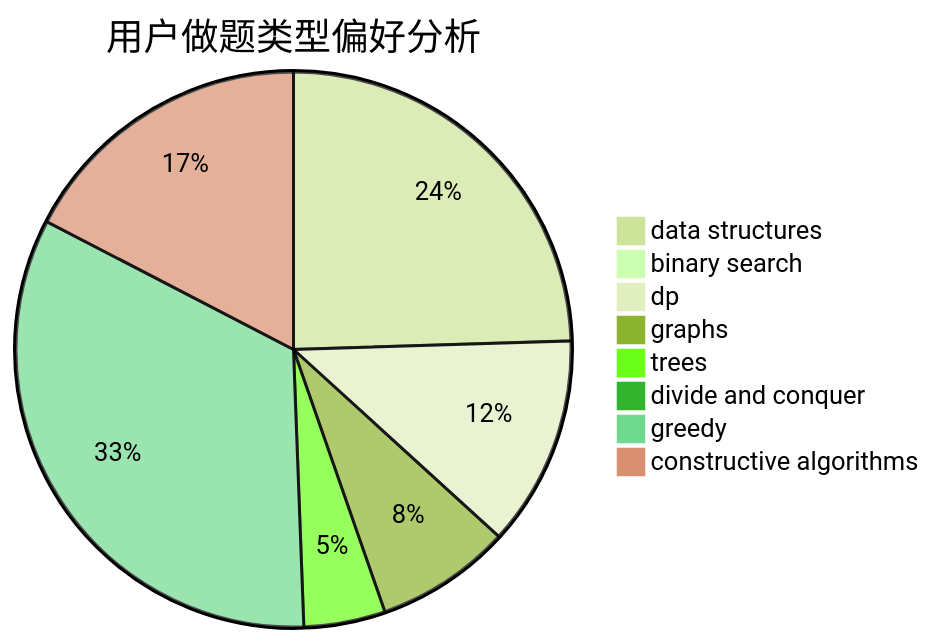
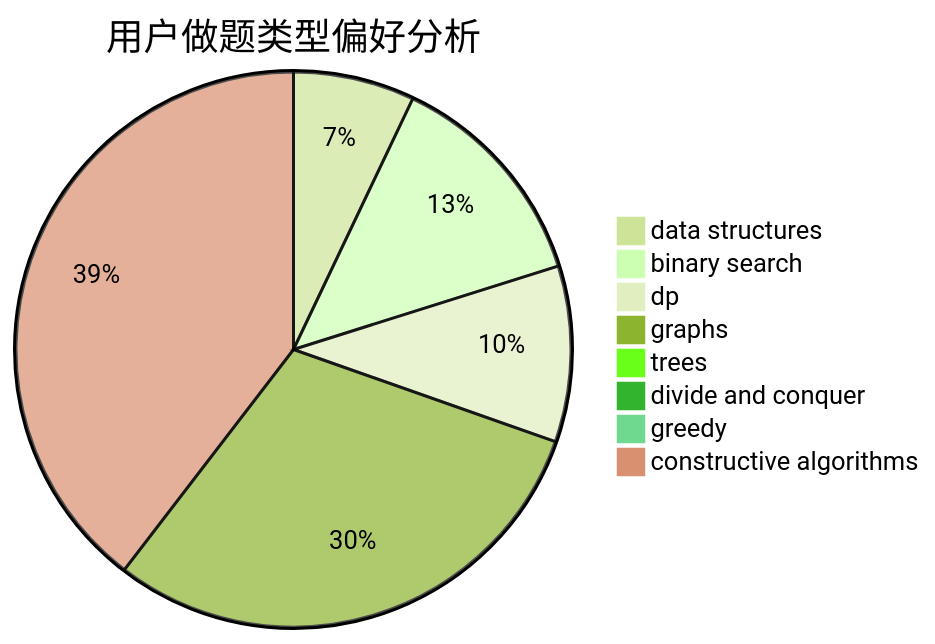
Before and after one commit to sherpahu/cfrs.github.io: the second of 3 diagrams in docs/user/u1604.md, drawn with Mermaid (forest theme). The commit also changed other lines of this file and 2770 other files, not shown here.

````diff
--- a/docs/user/u1604.md
+++ b/docs/user/u1604.md
@@ -23,11 +23,11 @@
 ```mermaid
 pie title 用户做题类型偏好分析
-    "data structures" :  62
-    "binary search" :  2
-    "dp" :  31
-    "graphs" :  20
-    "trees" :  12
-    "divide and conquer" :  0
-    "greedy" :  84
-    "constructive algorithms" :  44
+    "data structures" :  20
+    "binary search" :  37
+    "dp" :  29
+    "graphs" :  85
+    "trees" :  1
+    "divide and conquer" :  1
+    "greedy" :  2
+    "constructive algorithms" :  112
 ```
````
